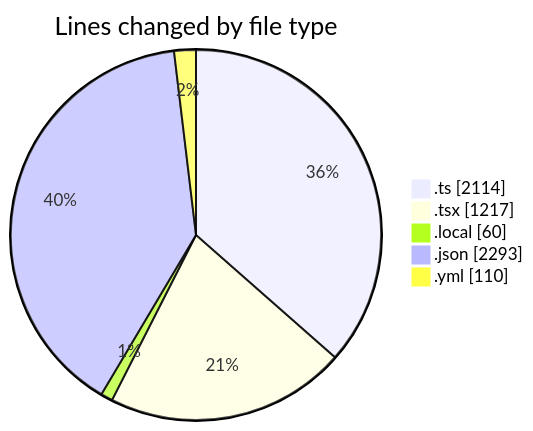
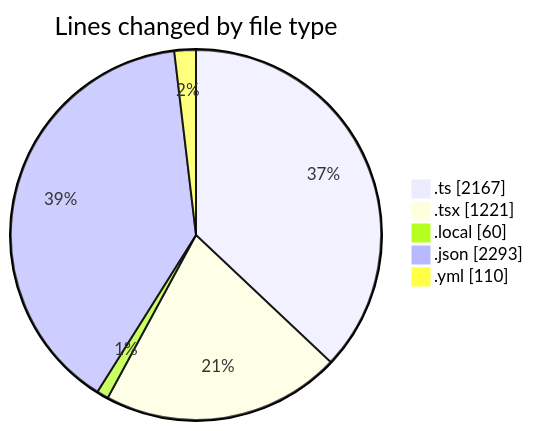
Before and after one commit to julien-gomy/code-tracking: the first of 2 diagrams in 2025-11-26/eventscop-frontend-guide__workspace_/README.md, drawn with Mermaid. The commit also changed other lines of this file and 1 other file, not shown here.

````diff
--- a/2025-11-26/eventscop-frontend-guide__workspace_/README.md
+++ b/2025-11-26/eventscop-frontend-guide__workspace_/README.md
@@ -38,9 +39,9 @@
 ```mermaid
 pie showData
 title Lines changed by file type
-".ts" : 2114
-".tsx" : 1217
+".ts" : 2167
+".tsx" : 1221
 ".local" : 60
 ".json" : 2293
 ".yml" : 110
 ```
````
